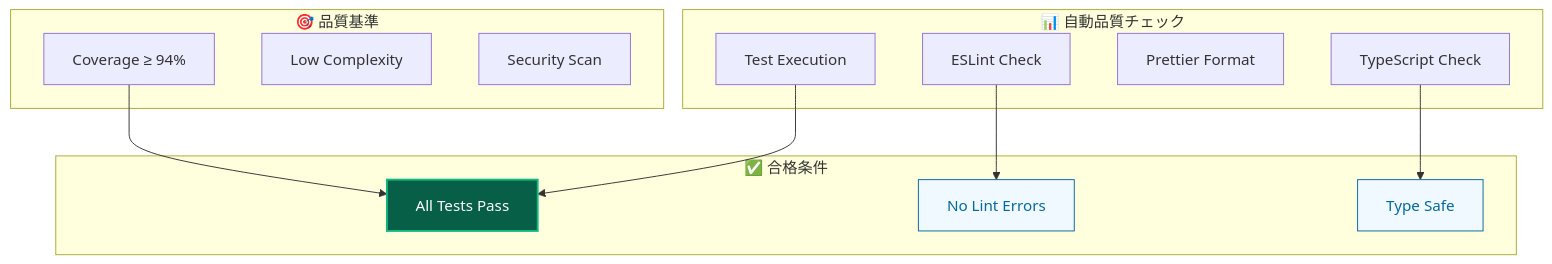
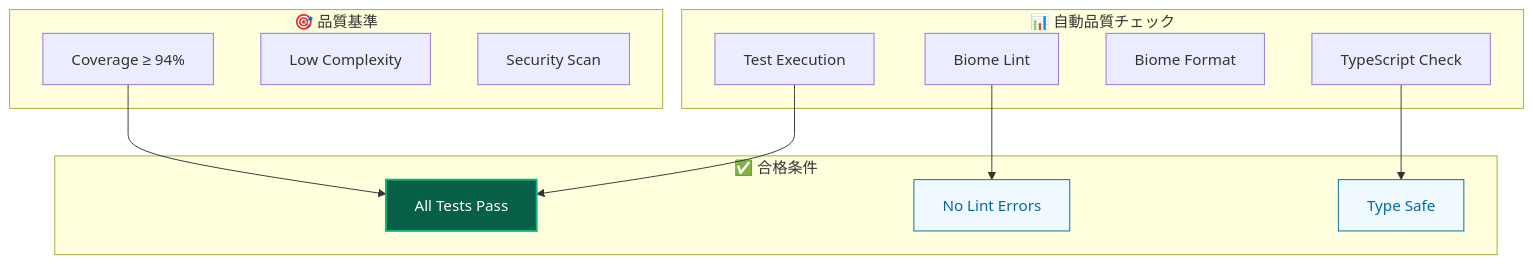
One commit to derushio/d-next-ddd-example changed diagram 11 of 25 in _DOCS/guides/development/workflow.md. Above: the diagram before and after it, drawn with Mermaid. The commit also changed other lines of this file and 102 other files, not shown here.

````diff
--- a/_DOCS/guides/development/workflow.md
+++ b/_DOCS/guides/development/workflow.md
@@ -352,30 +351,30 @@
 ```mermaid
 graph TB
     subgraph "📊 自動品質チェック"
-        LINT[ESLint Check]
+        LINT[Biome Lint]
         TYPE[TypeScript Check]
-        FORMAT[Prettier Format]
+        FORMAT[Biome Format]
         TEST[Test Execution]
     end
 
     subgraph "🎯 品質基準"
         COVERAGE[Coverage ≥ 94%]
         COMPLEXITY[Low Complexity]
         SECURITY[Security Scan]
     end
 
     subgraph "✅ 合格条件"
         ALL_PASS[All Tests Pass]
         NO_LINT[No Lint Errors]
         TYPE_SAFE[Type Safe]
     end
 
     LINT --> NO_LINT
     TYPE --> TYPE_SAFE
     TEST --> ALL_PASS
     COVERAGE --> ALL_PASS
 
     style ALL_PASS fill:#065f46,stroke:#10b981,stroke-width:2px,color:#ffffff
     style NO_LINT fill:#f0f9ff,stroke:#0369a1,stroke-width:1px,color:#0369a1
     style TYPE_SAFE fill:#f0f9ff,stroke:#0369a1,stroke-width:1px,color:#0369a1
 ```
````
